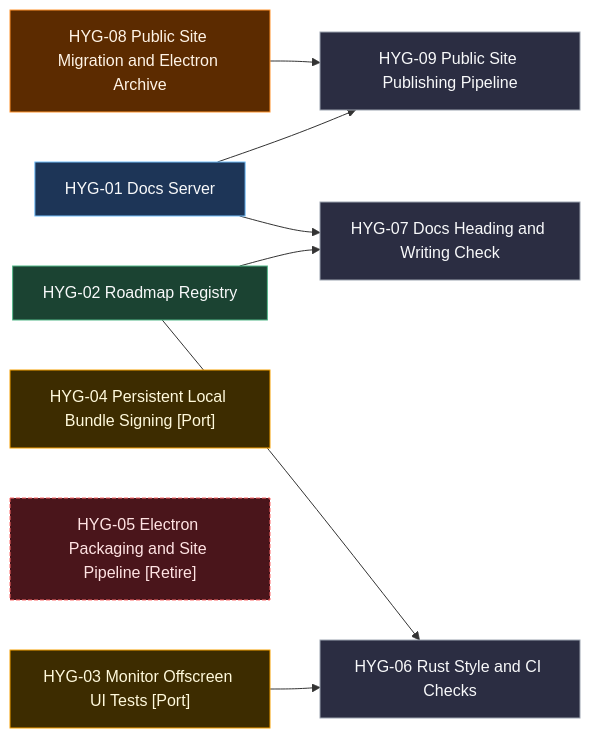
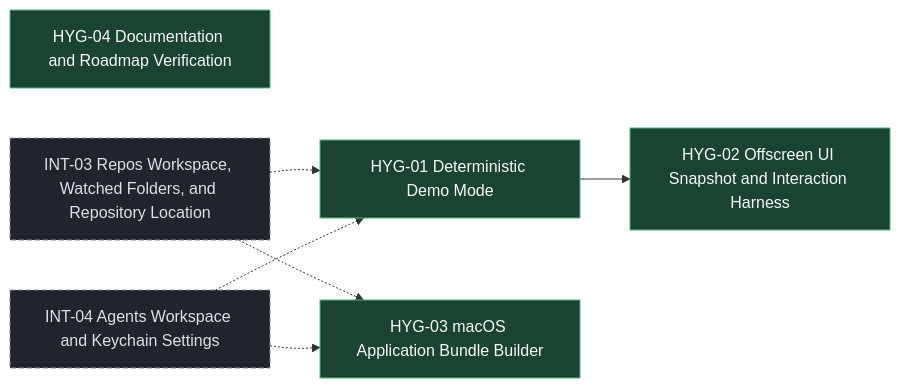
The fifth of 5 diagrams in docs/roadmap/index.md (AhmedKhan-GH/astrolabe), drawn with Mermaid before and after one commit. The commit also changed other lines of this file and 8 other files, not shown here.

Commit message:
Rebuild roadmap registry around shipped and planned product features

````diff
--- a/docs/roadmap/index.md
+++ b/docs/roadmap/index.md
@@ -422,28 +198,17 @@
 ```mermaid
 flowchart LR
-  HYG_01["HYG-01 Docs Server"]:::built
-  HYG_02["HYG-02 Roadmap Registry"]:::shipped
-  HYG_03["HYG-03 Monitor Offscreen UI Tests [Port]"]:::existing_port
-  HYG_04["HYG-04 Persistent Local Bundle Signing [Port]"]:::existing_port
-  HYG_05["HYG-05 Electron Packaging and Site Pipeline [Retire]"]:::existing_retire
-  HYG_06["HYG-06 Rust Style and CI Checks"]:::planned
-  HYG_07["HYG-07 Docs Heading and Writing Check"]:::planned
-  HYG_08["HYG-08 Public Site Migration and Electron Archive"]:::decision
-  HYG_09["HYG-09 Public Site Publishing Pipeline"]:::planned
-  HYG_02 --> HYG_06
-  HYG_03 --> HYG_06
-  HYG_01 --> HYG_07
-  HYG_02 --> HYG_07
-  HYG_01 --> HYG_09
-  HYG_08 --> HYG_09
+  HYG_01["HYG-01 Deterministic Demo Mode"]:::shipped
+  HYG_02["HYG-02 Offscreen UI Snapshot and Interaction Harness"]:::shipped
+  HYG_03["HYG-03 macOS Application Bundle Builder"]:::shipped
+  HYG_04["HYG-04 Documentation and Roadmap Verification"]:::shipped
+  INT_03["INT-03 Repos Workspace, Watched Folders, and Repository Location"]:::external
+  INT_04["INT-04 Agents Workspace and Keychain Settings"]:::external
+  INT_03 -.-> HYG_01
+  INT_04 -.-> HYG_01
+  HYG_01 --> HYG_02
+  INT_03 -.-> HYG_03
+  INT_04 -.-> HYG_03
   classDef shipped fill:#1b4332,stroke:#52b788,color:#f8f9fa
-  classDef built fill:#1d3557,stroke:#74c0fc,color:#f8f9fa
-  classDef progress fill:#1d3557,stroke:#ffd43b,color:#f8f9fa,stroke-dasharray:4 2
-  classDef existing_port fill:#3d2c00,stroke:#f59f00,color:#fff9db
-  classDef existing_reuse fill:#103c42,stroke:#22b8cf,color:#e3fafc
-  classDef existing_retire fill:#4a151b,stroke:#ff6b6b,color:#ffe3e3,stroke-dasharray:4 2
   classDef planned fill:#2b2d42,stroke:#9ca3af,color:#f8f9fa
-  classDef idea fill:#2e1f47,stroke:#b197fc,color:#f3f0ff,stroke-dasharray:3 3
-  classDef decision fill:#5c2b00,stroke:#ff922b,color:#fff4e6
   classDef external fill:#1f242d,stroke:#868e96,color:#dee2e6,stroke-dasharray:5 3
 ```
````
